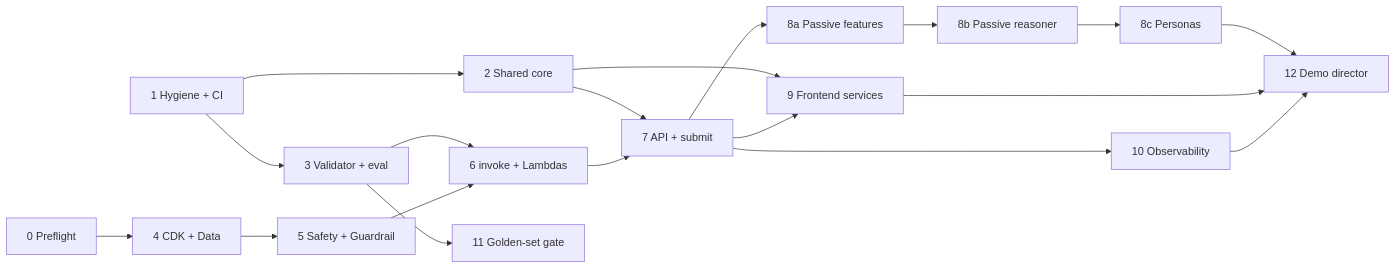
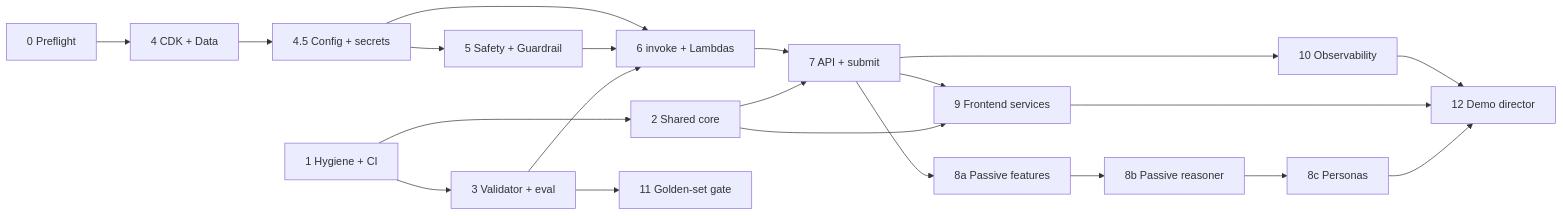
The diagram in docs/architecture/implementation-plan.md (naren-chakraview/breaking-barriers-team-10-codai), drawn with Mermaid before and after one commit. The commit also changed other lines of this file and 1 other file, not shown here.

Commit message:
Redact AWS account id; add configuration and secrets design (ADR-013, Task 4.5)

````diff
--- a/docs/architecture/implementation-plan.md
+++ b/docs/architecture/implementation-plan.md
@@ -38,21 +38,23 @@
 ```mermaid
 flowchart LR
   T0[0 Preflight] --> T4[4 CDK + Data]
   T1[1 Hygiene + CI] --> T2[2 Shared core]
   T1 --> T3[3 Validator + eval]
   T2 --> T7[7 API + submit]
   T3 --> T6[6 invoke + Lambdas]
-  T4 --> T5[5 Safety + Guardrail]
+  T4 --> T45[4.5 Config + secrets]
+  T45 --> T5[5 Safety + Guardrail]
   T5 --> T6
+  T45 --> T6
   T6 --> T7
   T7 --> T8a[8a Passive features]
   T8a --> T8b[8b Passive reasoner]
   T8b --> T8c[8c Personas]
   T2 --> T9[9 Frontend services]
   T7 --> T9
   T7 --> T10[10 Observability]
   T3 --> T11[11 Golden-set gate]
   T8c --> T12[12 Demo director]
   T9 --> T12
   T10 --> T12
 ```
````
